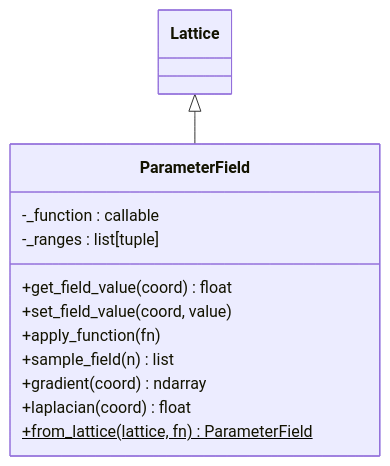
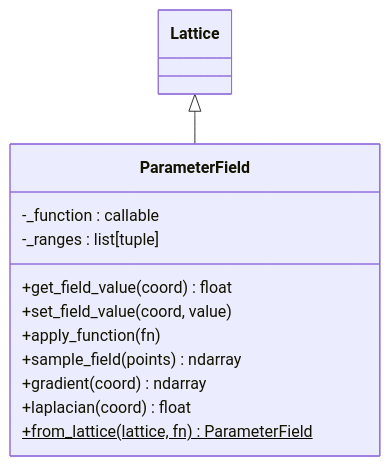
One commit to kr4g/Klotho changed the fifth of 9 diagrams in docs/architecture/05_THETOS.md. Above: the diagram before and after it, drawn with Mermaid. The commit also changed other lines of this file and 13 other files, not shown here.

First line of the commit message:
Overhaul architecture docs for Klotho 10.x API

````diff
--- a/docs/architecture/05_THETOS.md
+++ b/docs/architecture/05_THETOS.md
@@ -207,16 +241,16 @@
 ```mermaid
 classDiagram
     Lattice <|-- ParameterField
 
     class ParameterField {
         -_function : callable
         -_ranges : list[tuple]
         +get_field_value(coord) float
         +set_field_value(coord, value)
         +apply_function(fn)
-        +sample_field(n) list
+        +sample_field(points) ndarray
         +gradient(coord) ndarray
         +laplacian(coord) float
         +from_lattice(lattice, fn) ParameterField$
     }
 ```
````
